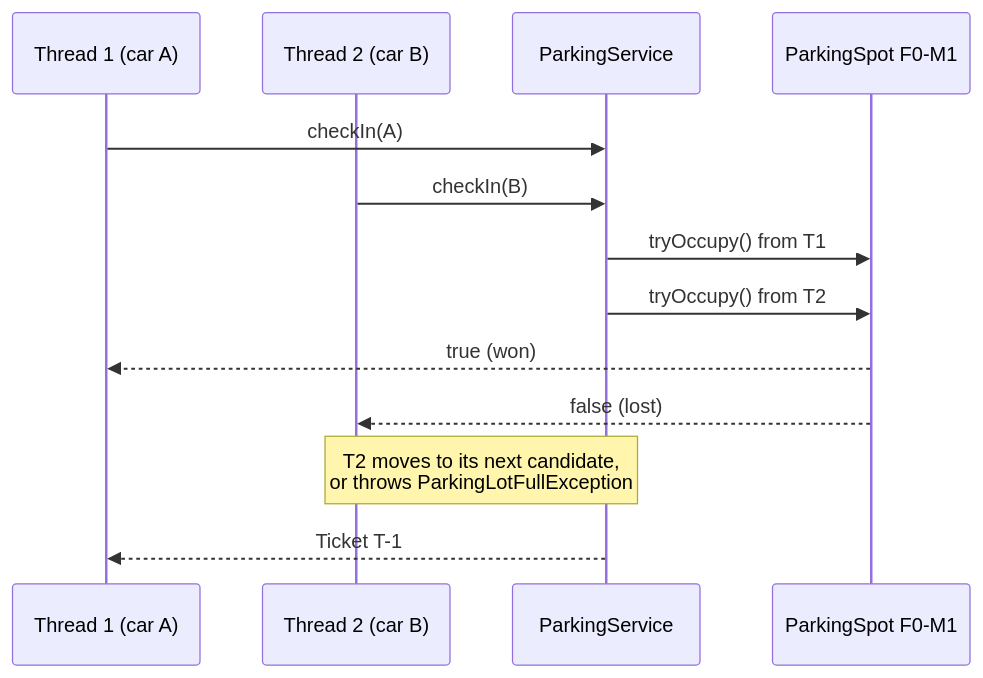
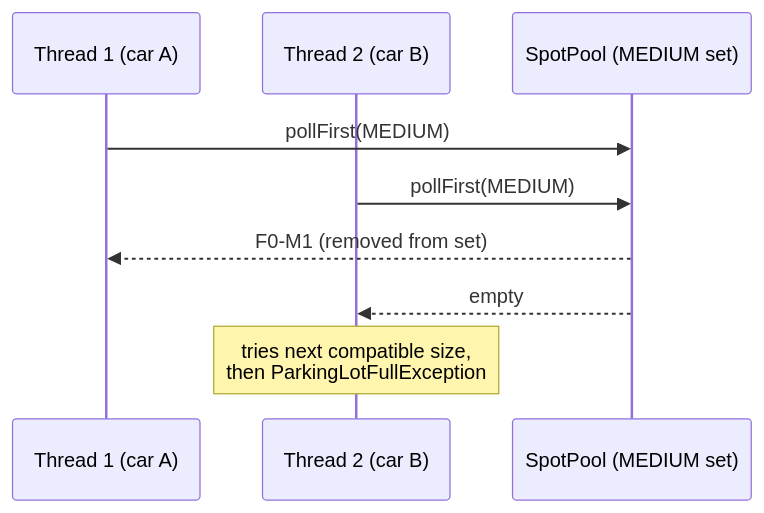
Before and after one commit to siddharanjan/ParkingLotSystem: the sixth of 8 diagrams in docs/FLOWS.md, drawn with Mermaid. The commit also changed other lines of this file and 17 other files, not shown here.

````diff
--- a/docs/FLOWS.md
+++ b/docs/FLOWS.md
@@ -115,16 +135,12 @@
 ```mermaid
 sequenceDiagram
     participant T1 as Thread 1 (car A)
     participant T2 as Thread 2 (car B)
-    participant S as ParkingService
-    participant P as ParkingSpot F0-M1
+    participant P as SpotPool (MEDIUM set)
 
-    T1->>S: checkIn(A)
-    T2->>S: checkIn(B)
-    S->>P: tryOccupy() from T1
-    S->>P: tryOccupy() from T2
-    P-->>T1: true (won)
-    P-->>T2: false (lost)
-    Note over T2,S: T2 moves to its next candidate,<br/>or throws ParkingLotFullException
-    S-->>T1: Ticket T-1
+    T1->>P: pollFirst(MEDIUM)
+    T2->>P: pollFirst(MEDIUM)
+    P-->>T1: F0-M1 (removed from set)
+    P-->>T2: empty
+    Note over T2: tries next compatible size,<br/>then ParkingLotFullException
 ```
````
